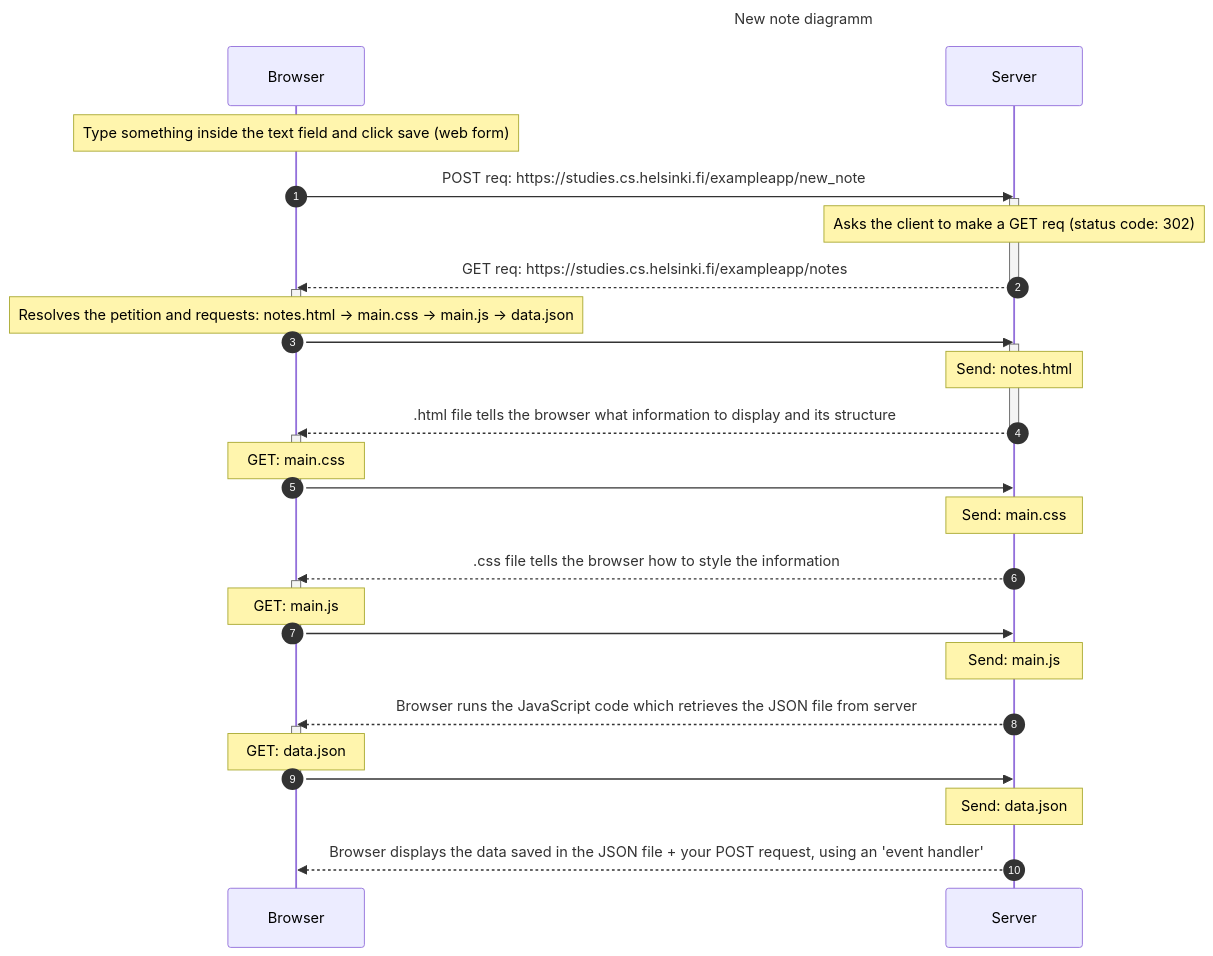
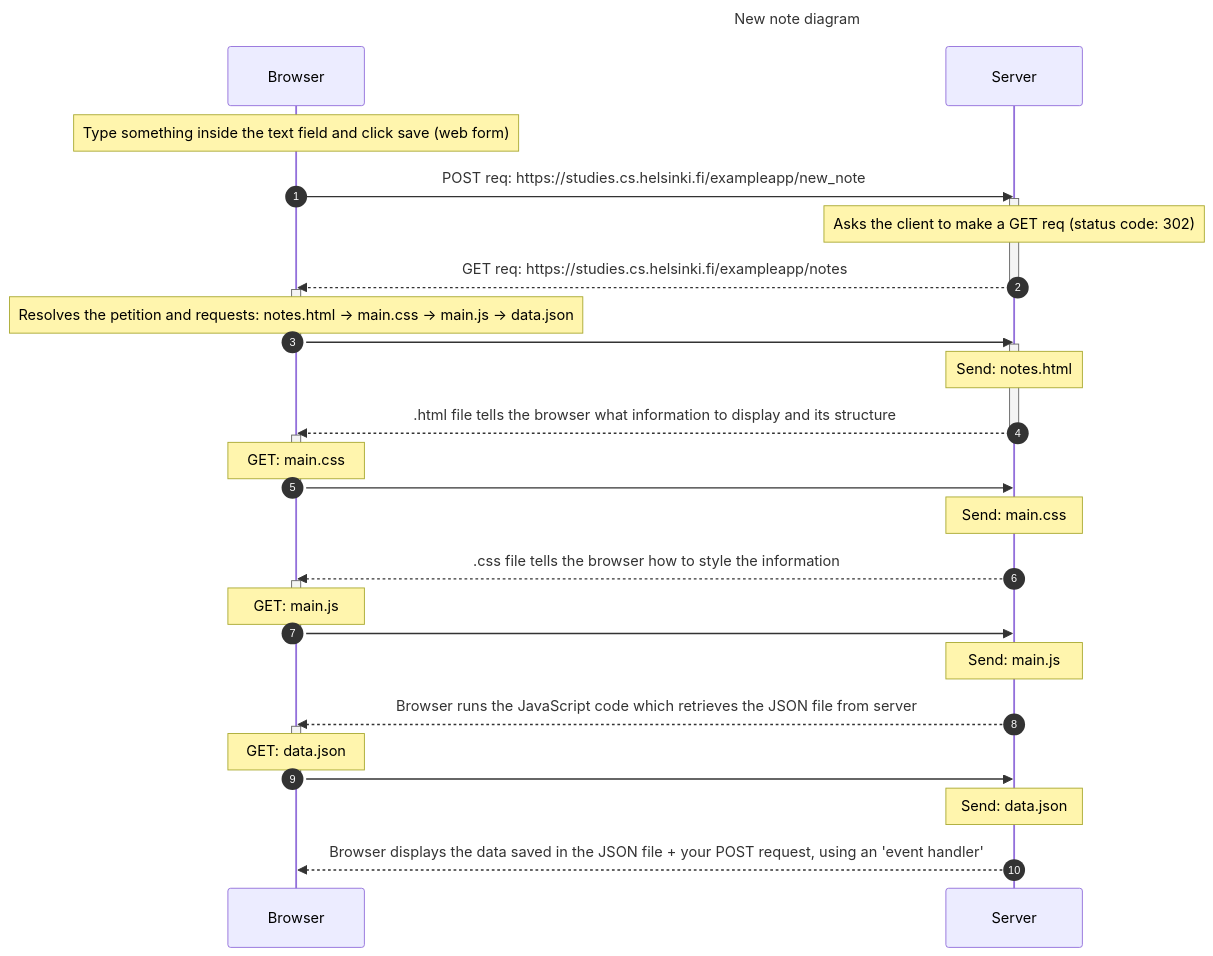
Before and after one commit to Bitlaw/fullstackopen-submissions-repository: the diagram in part0/new-note-diagram.mmd, drawn with Mermaid.

```diff
--- a/part0/new-note-diagram.mmd
+++ b/part0/new-note-diagram.mmd
@@ -1,47 +1,47 @@
 ---
-title: New note diagramm
+title: New note diagram
 ---
 
 
 sequenceDiagram
 
     autonumber
 
     Note over Browser:  Type something inside the text field  and click save (web form)
     Browser->>Server: POST req: https://studies.cs.helsinki.fi/exampleapp/new_note  
 
     activate Server
     Note over Server:  Asks the client to make a GET req (status code: 302)
     Server-->>Browser: GET req:  https://studies.cs.helsinki.fi/exampleapp/notes
     deactivate Server
 
     activate Browser 
     Note over Browser: Resolves the petition and requests: notes.html -> main.css -> main.js -> data.json 
     Browser->>Server: 
     deactivate Browser 
 
     activate Server
     Note over Server: Send: notes.html
     Server-->>Browser: .html file tells the browser what information to display and its structure
     deactivate Server
 
     activate Browser 
     Note over Browser: GET: main.css 
     Browser->>Server: 
     deactivate Browser 
     Note over Server: Send: main.css 
     Server-->>Browser: .css file tells the browser how to style the information
 
     activate Browser 
     Note over Browser: GET: main.js 
     Browser->>Server: 
     deactivate Browser 
     Note over Server: Send: main.js 
     Server-->>Browser: Browser runs the JavaScript code which retrieves the JSON file from server
 
     activate Browser 
     Note over Browser: GET: data.json 
     Browser->>Server: 
     deactivate Browser 
     Note over Server: Send: data.json
     Server-->>Browser: Browser displays the data saved in the JSON file + your POST request, using an 'event handler'
```
